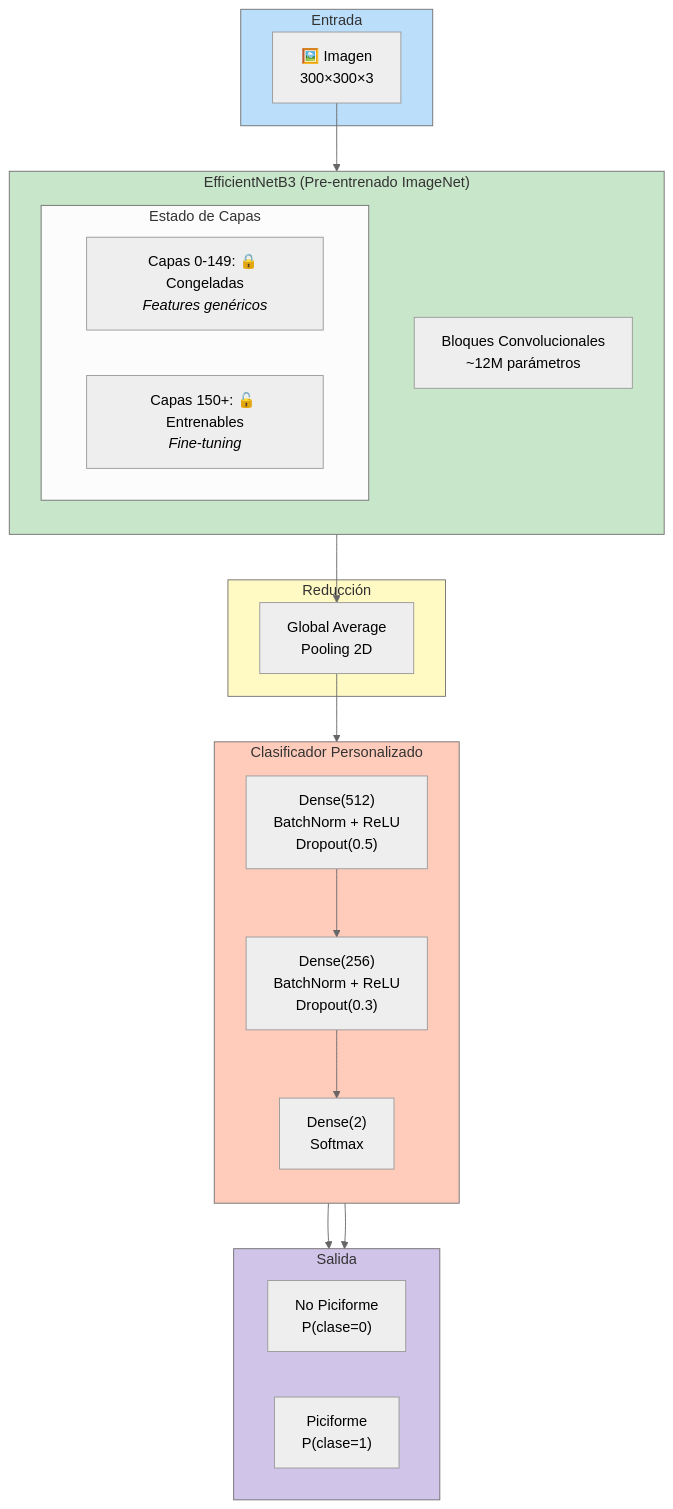
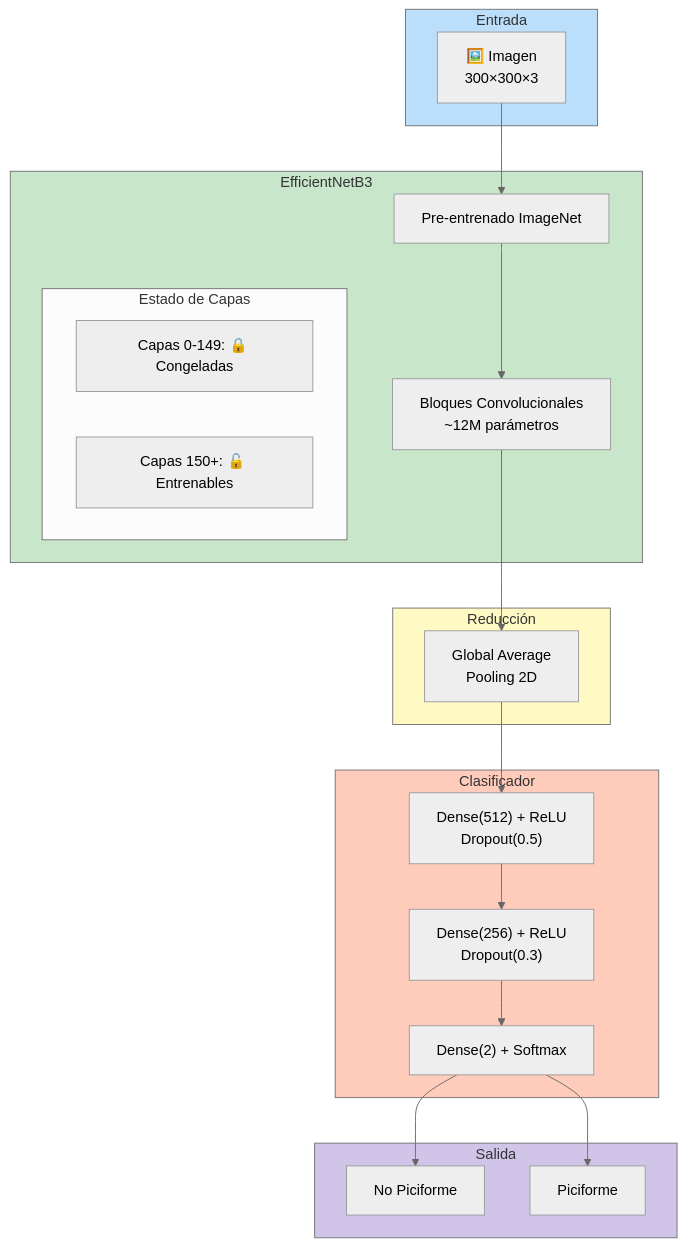
Before and after one commit to AndresFWilT/mine-group9-dl-project: the second of 3 diagrams in docs/ENTRENAMIENTO_MODELO_IDENTIFICADOR.md, drawn with Mermaid (neutral theme). The commit also changed 1 other file, not shown here.

Commit message:
feat(project): :sparkles: added diagrams to doc tranning

````diff
--- a/docs/ENTRENAMIENTO_MODELO_IDENTIFICADOR.md
+++ b/docs/ENTRENAMIENTO_MODELO_IDENTIFICADOR.md
@@ -119,47 +119,42 @@
 ```mermaid
 flowchart TB
     subgraph INPUT["Entrada"]
         IMG["🖼️ Imagen<br/>300×300×3"]
     end
 
-    subgraph EFFICIENTNET["EfficientNetB3 (Pre-entrenado ImageNet)"]
-        direction TB
+    subgraph EFFICIENTNET["EfficientNetB3"]
+        BACKBONE_DESC["Pre-entrenado ImageNet"]
         CONV["Bloques Convolucionales<br/>~12M parámetros"]
         
         subgraph LAYERS["Estado de Capas"]
-            L1["Capas 0-149: 🔒 Congeladas<br/><i>Features genéricos</i>"]
-            L2["Capas 150+: 🔓 Entrenables<br/><i>Fine-tuning</i>"]
+            L1["Capas 0-149: 🔒 Congeladas"]
+            L2["Capas 150+: 🔓 Entrenables"]
         end
     end
 
     subgraph POOLING["Reducción"]
         GAP["Global Average<br/>Pooling 2D"]
     end
 
-    subgraph CLASSIFIER["Clasificador Personalizado"]
-        direction TB
-        FC1["Dense(512)<br/>BatchNorm + ReLU<br/>Dropout(0.5)"]
-        FC2["Dense(256)<br/>BatchNorm + ReLU<br/>Dropout(0.3)"]
-        FC3["Dense(2)<br/>Softmax"]
+    subgraph CLASSIFIER["Clasificador"]
+        FC1["Dense(512) + ReLU<br/>Dropout(0.5)"]
+        FC2["Dense(256) + ReLU<br/>Dropout(0.3)"]
+        FC3["Dense(2) + Softmax"]
     end
 
     subgraph OUTPUT["Salida"]
-        direction LR
-        C0["No Piciforme<br/>P(clase=0)"]
-        C1["Piciforme<br/>P(clase=1)"]
+        C0["No Piciforme"]
+        C1["Piciforme"]
     end
 
-    IMG --> CONV
+    IMG --> BACKBONE_DESC --> CONV
     CONV --> GAP
-    GAP --> FC1
-    FC1 --> FC2
-    FC2 --> FC3
-    FC3 --> C0
-    FC3 --> C1
+    GAP --> FC1 --> FC2 --> FC3
+    FC3 --> C0 & C1
 
     style INPUT fill:#bbdefb
     style EFFICIENTNET fill:#c8e6c9
     style POOLING fill:#fff9c4
     style CLASSIFIER fill:#ffccbc
     style OUTPUT fill:#d1c4e9
 ```
````
